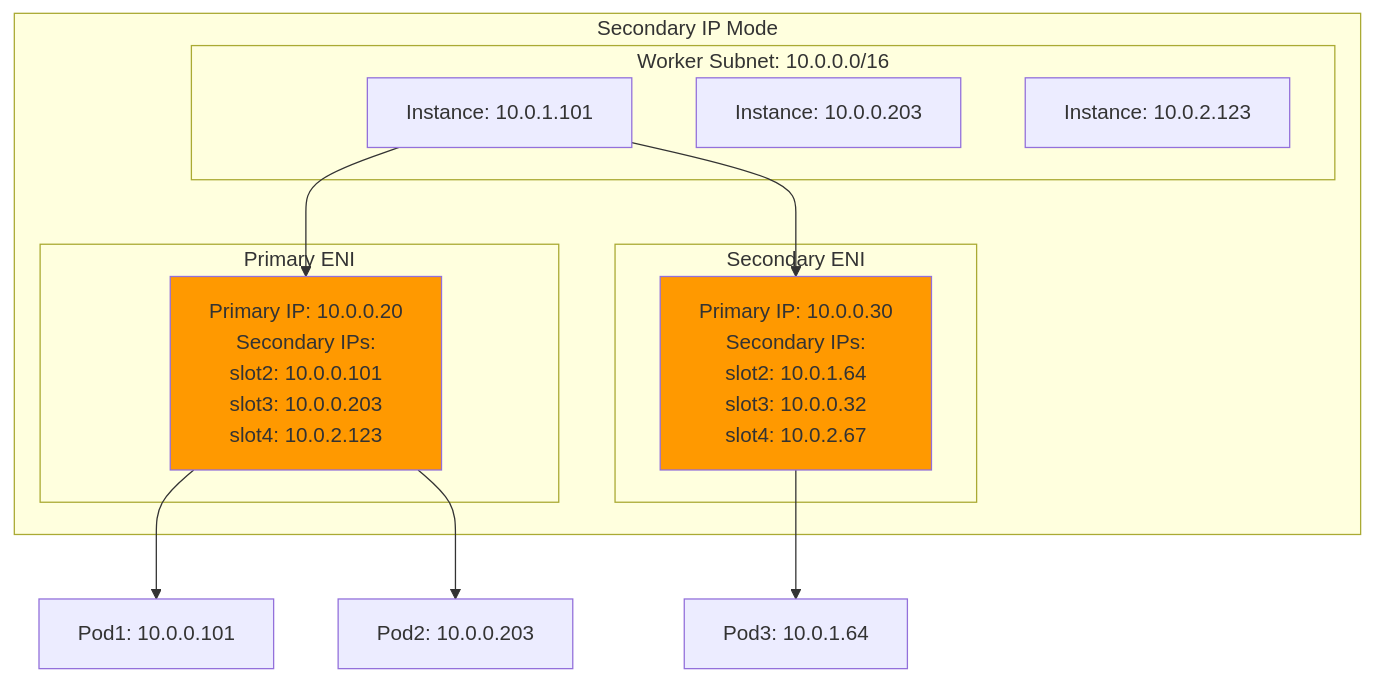
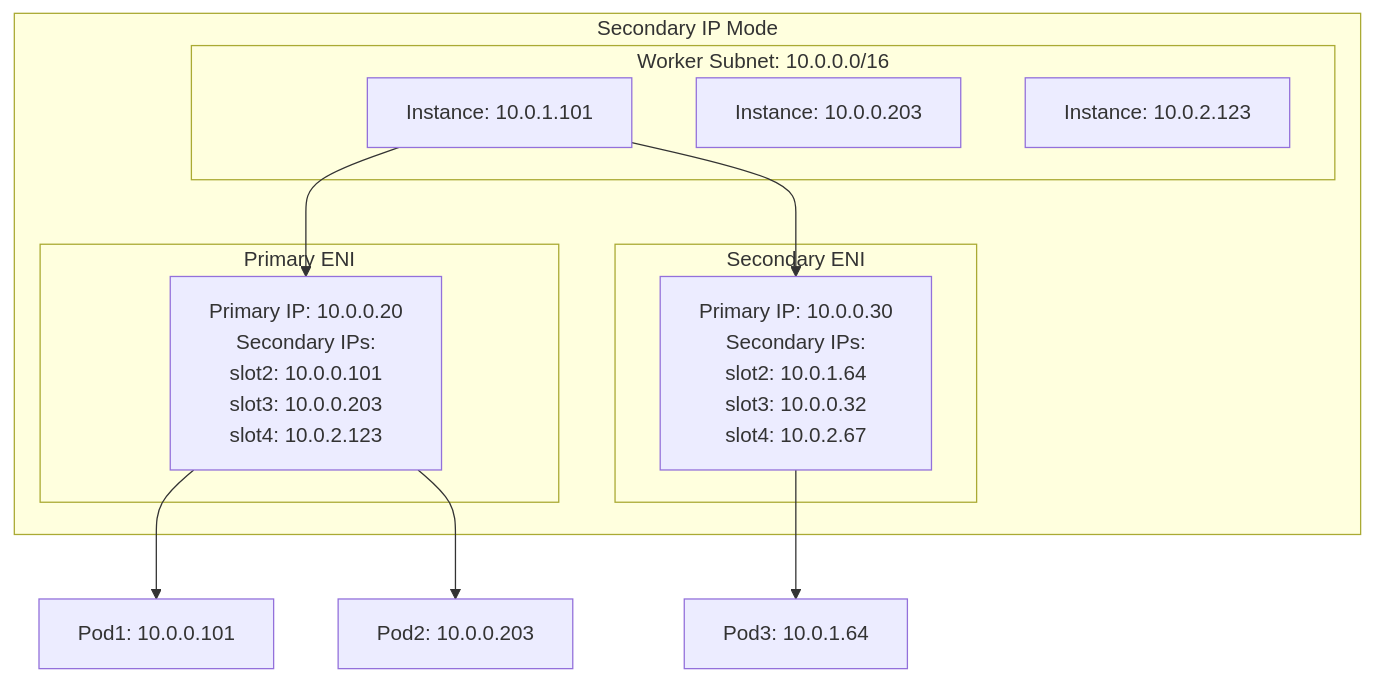
One commit to juwon8891/juwon8891.github.io changed the third of 25 diagrams in docs/eks/week2-networking.md. Above: the diagram before and after it, drawn with Mermaid. The commit also changed other lines of this file and 18 other files, not shown here.

Commit message:
Remove bright colors from Mermaid diagrams for dark mode compatibility

````diff
--- a/docs/eks/week2-networking.md
+++ b/docs/eks/week2-networking.md
@@ -105,25 +102,23 @@
 ```mermaid
 graph TB
     subgraph "Secondary IP Mode"
         subgraph "Worker Subnet: 10.0.0.0/16"
             A[Instance: 10.0.1.101]
             B[Instance: 10.0.0.203]
             C[Instance: 10.0.2.123]
         end
 
         subgraph "Primary ENI"
             A --> D["Primary IP: 10.0.0.20<br/>Secondary IPs:<br/>slot2: 10.0.0.101<br/>slot3: 10.0.0.203<br/>slot4: 10.0.2.123"]
         end
 
         subgraph "Secondary ENI"
             A --> E["Primary IP: 10.0.0.30<br/>Secondary IPs:<br/>slot2: 10.0.1.64<br/>slot3: 10.0.0.32<br/>slot4: 10.0.2.67"]
         end
     end
 
     D --> F[Pod1: 10.0.0.101]
     D --> G[Pod2: 10.0.0.203]
     E --> H[Pod3: 10.0.1.64]
 
-    style D fill:#ff9900
-    style E fill:#ff9900
 ```
````
